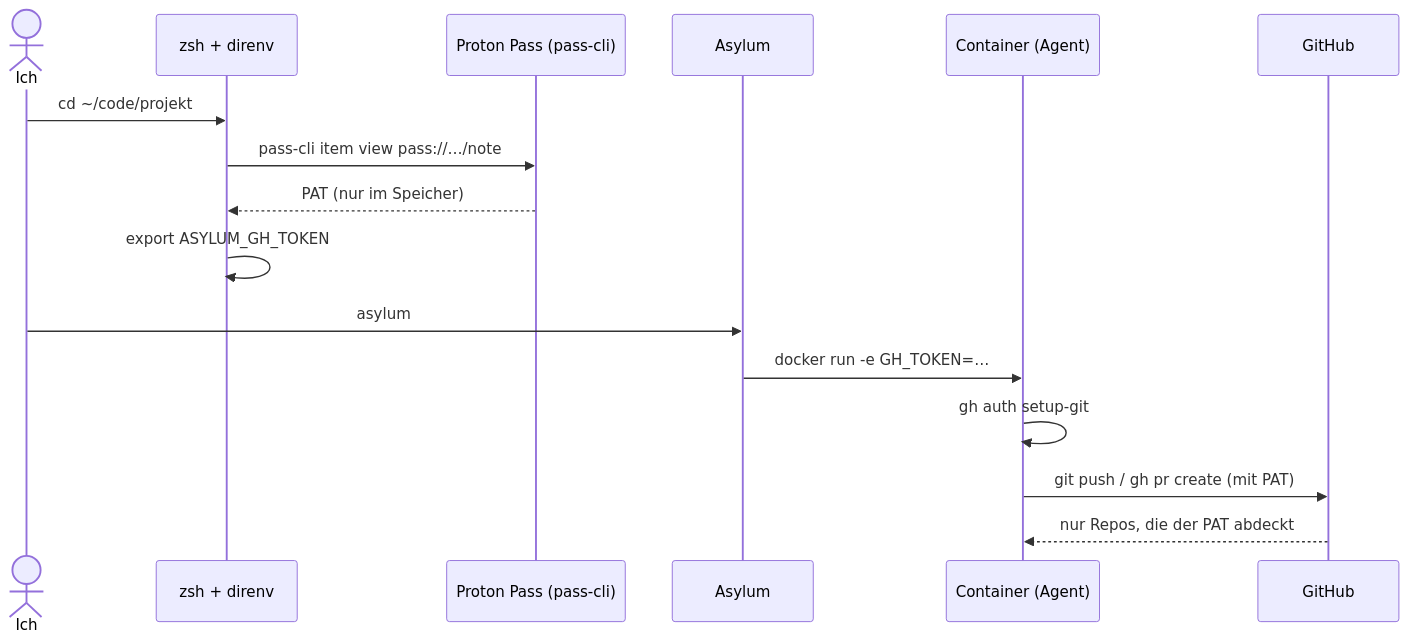
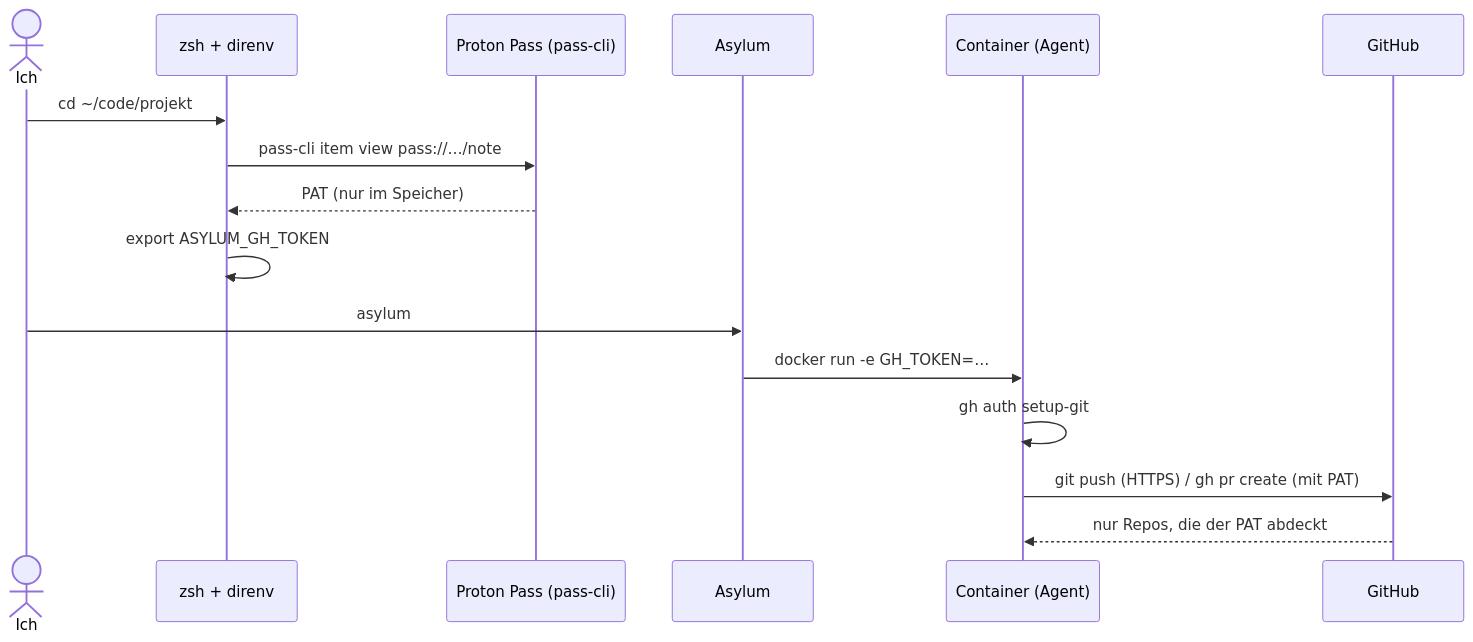
One commit to loeti/agent-skills changed the first of 2 diagrams in docs/asylum-setup.md. Above: the diagram before and after it, drawn with Mermaid. The commit also changed other lines of this file and 2 other files, not shown here.

````diff
--- a/docs/asylum-setup.md
+++ b/docs/asylum-setup.md
@@ -25,19 +29,19 @@
 ```mermaid
 sequenceDiagram
     actor Ich
     participant Shell as zsh + direnv
     participant Pass as Proton Pass (pass-cli)
     participant Asylum
     participant C as Container (Agent)
     participant GH as GitHub
 
     Ich->>Shell: cd ~/code/projekt
     Shell->>Pass: pass-cli item view pass://…/note
     Pass-->>Shell: PAT (nur im Speicher)
     Shell->>Shell: export ASYLUM_GH_TOKEN
     Ich->>Asylum: asylum
     Asylum->>C: docker run -e GH_TOKEN=…
     C->>C: gh auth setup-git
-    C->>GH: git push / gh pr create (mit PAT)
+    C->>GH: git push (HTTPS) / gh pr create (mit PAT)
     GH-->>C: nur Repos, die der PAT abdeckt
 ```
````
